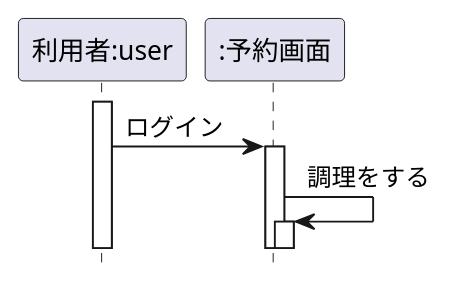
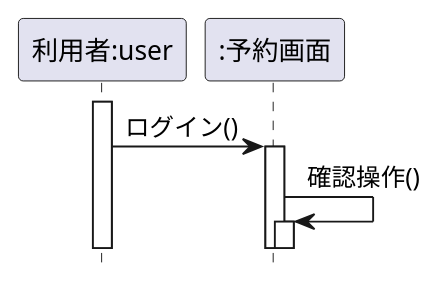
One commit to nakamachiJP/uml-introduction changed the diagram in 演習4-2_SD_利用者と予約画面.pu. Above: the diagram before and after it, drawn with PlantUML.

Commit message:
課題

```diff
--- a/演習4-2_SD_利用者と予約画面.pu
+++ b/演習4-2_SD_利用者と予約画面.pu
@@ -1,11 +1,11 @@
 @startuml
 hide footbox
 participant "利用者:user" as flor
 participant ":予約画面" as cook
 
 activate flor
-flor -> cook : ログイン
+flor -> cook : ログイン()
 activate cook
-cook -> cook : 調理をする
+cook -> cook : 確認操作()
 activate cook
 @enduml
```
